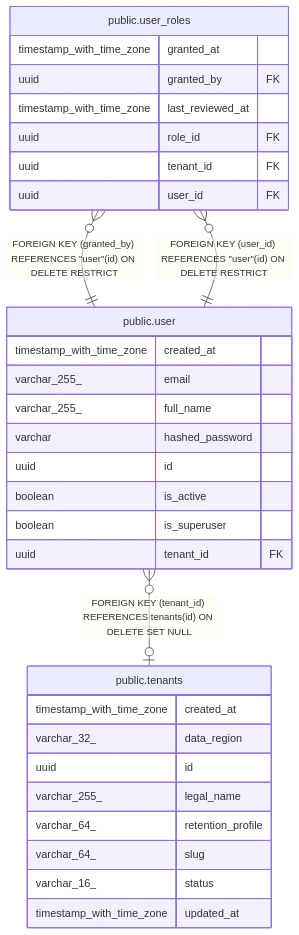
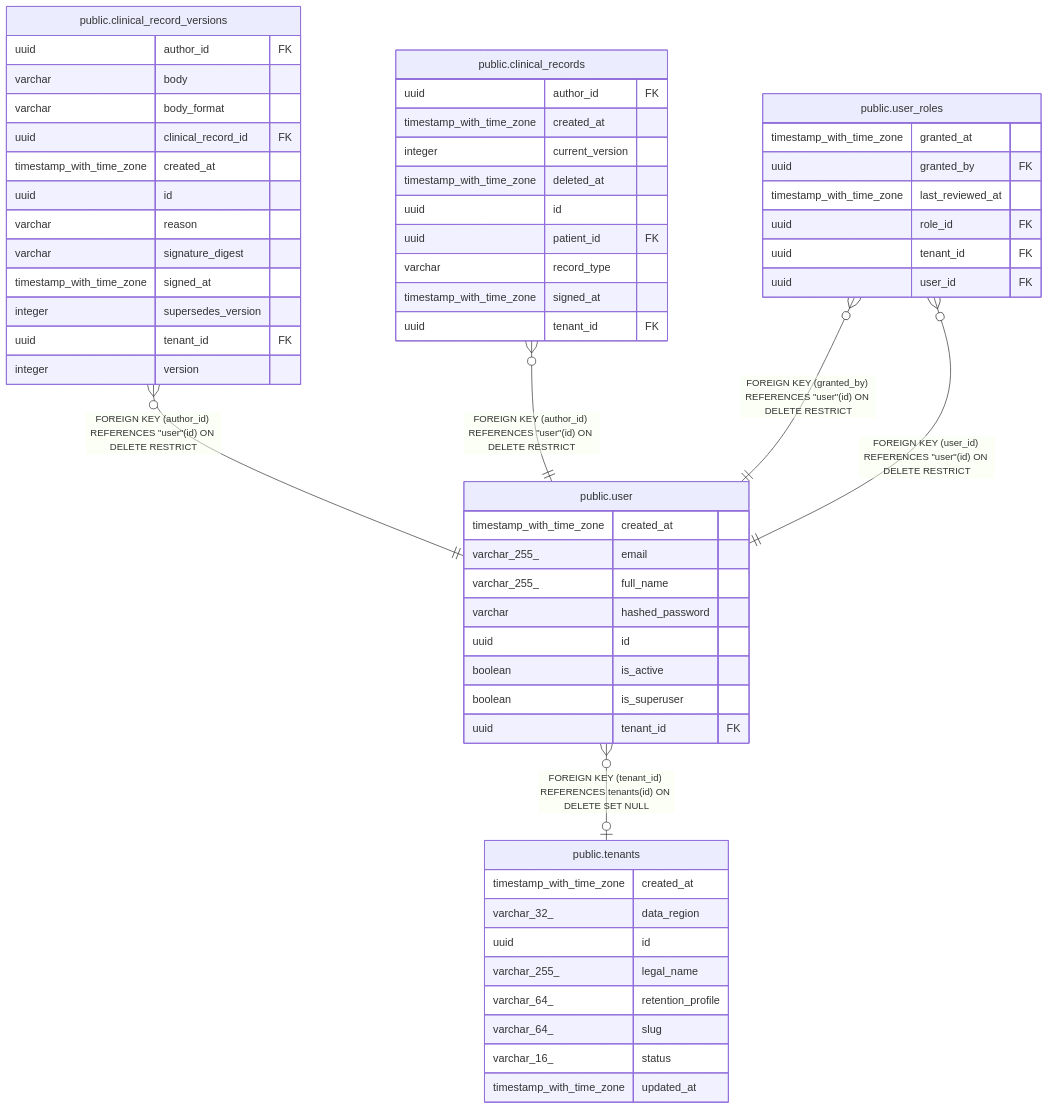
One commit to irajput215/clinic-os changed the diagram in docs/reference/schema/public.user.md. Above: the diagram before and after it, drawn with Mermaid. The commit also changed other lines of this file and 11 other files, not shown here.

First line of the commit message:
fix(clinical-records): make the suite, the schema docs and the SDK green

````diff
--- a/docs/reference/schema/public.user.md
+++ b/docs/reference/schema/public.user.md
@@ -38,36 +38,63 @@
 ```mermaid
 erDiagram
 
+"public.clinical_record_versions" }o--|| "public.user" : "FOREIGN KEY (author_id) REFERENCES #quot;user#quot;(id) ON DELETE RESTRICT"
+"public.clinical_records" }o--|| "public.user" : "FOREIGN KEY (author_id) REFERENCES #quot;user#quot;(id) ON DELETE RESTRICT"
 "public.user_roles" }o--|| "public.user" : "FOREIGN KEY (granted_by) REFERENCES #quot;user#quot;(id) ON DELETE RESTRICT"
 "public.user_roles" }o--|| "public.user" : "FOREIGN KEY (user_id) REFERENCES #quot;user#quot;(id) ON DELETE RESTRICT"
 "public.user" }o--o| "public.tenants" : "FOREIGN KEY (tenant_id) REFERENCES tenants(id) ON DELETE SET NULL"
 
 "public.user" {
   timestamp_with_time_zone created_at
   varchar_255_ email
   varchar_255_ full_name
   varchar hashed_password
   uuid id
   boolean is_active
   boolean is_superuser
+  uuid tenant_id FK
+}
+"public.clinical_record_versions" {
+  uuid author_id FK
+  varchar body
+  varchar body_format
+  uuid clinical_record_id FK
+  timestamp_with_time_zone created_at
+  uuid id
+  varchar reason
+  varchar signature_digest
+  timestamp_with_time_zone signed_at
+  integer supersedes_version
+  uuid tenant_id FK
+  integer version
+}
+"public.clinical_records" {
+  uuid author_id FK
+  timestamp_with_time_zone created_at
+  integer current_version
+  timestamp_with_time_zone deleted_at
+  uuid id
+  uuid patient_id FK
+  varchar record_type
+  timestamp_with_time_zone signed_at
   uuid tenant_id FK
 }
 "public.user_roles" {
   timestamp_with_time_zone granted_at
   uuid granted_by FK
   timestamp_with_time_zone last_reviewed_at
   uuid role_id FK
   uuid tenant_id FK
   uuid user_id FK
 }
 "public.tenants" {
   timestamp_with_time_zone created_at
   varchar_32_ data_region
   uuid id
   varchar_255_ legal_name
   varchar_64_ retention_profile
   varchar_64_ slug
   varchar_16_ status
   timestamp_with_time_zone updated_at
 }
 ```
````
